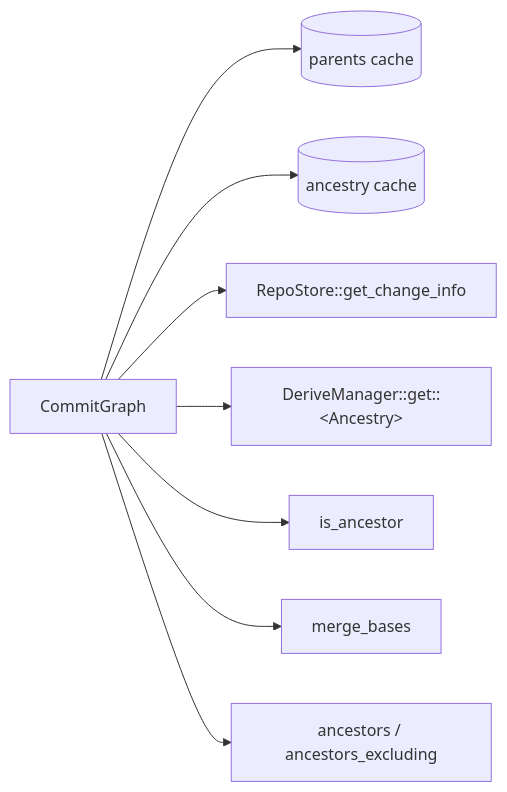
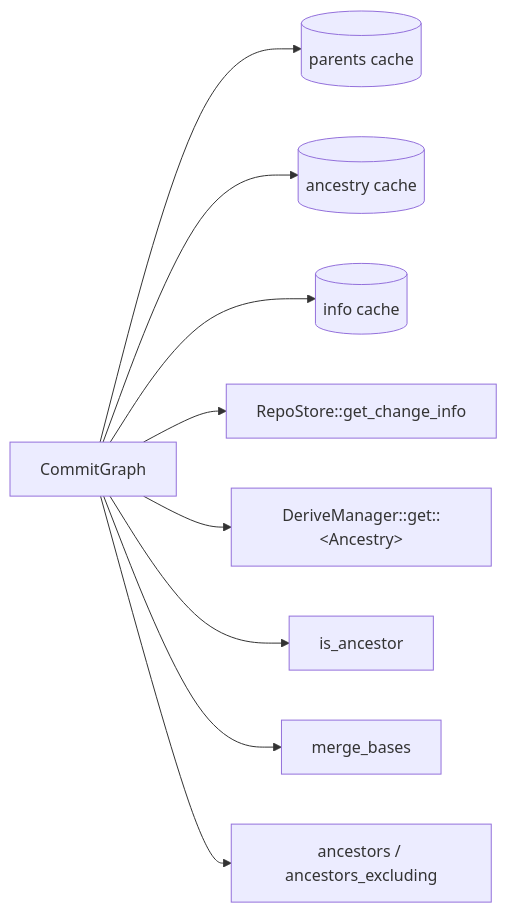
The diagram in architecture/03-core-algorithms/history-graph.md (envoy1084/rill), drawn with Mermaid before and after one commit. The commit also changed other lines of this file and 4 other files, not shown here.

````diff
--- a/architecture/03-core-algorithms/history-graph.md
+++ b/architecture/03-core-algorithms/history-graph.md
@@ -12,10 +12,11 @@
 ```mermaid
 flowchart LR
     CG[CommitGraph] --> P[(parents cache)]
     CG --> G[(ancestry cache)]
+    CG --> I[(info cache)]
     CG --> RS[RepoStore::get_change_info]
     CG --> DM["DeriveManager::get::&lt;Ancestry&gt;"]
     CG --> IA[is_ancestor]
     CG --> MB[merge_bases]
     CG --> AN[ancestors / ancestors_excluding]
 ```
````
